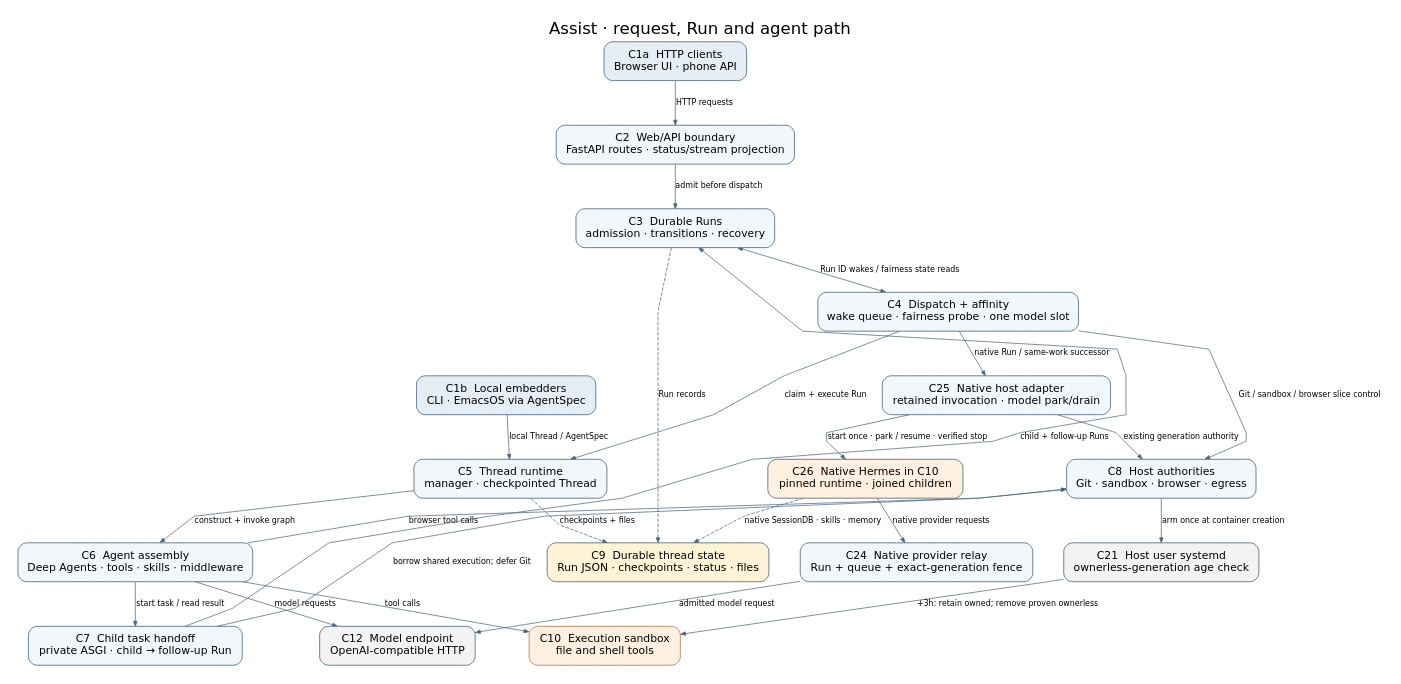
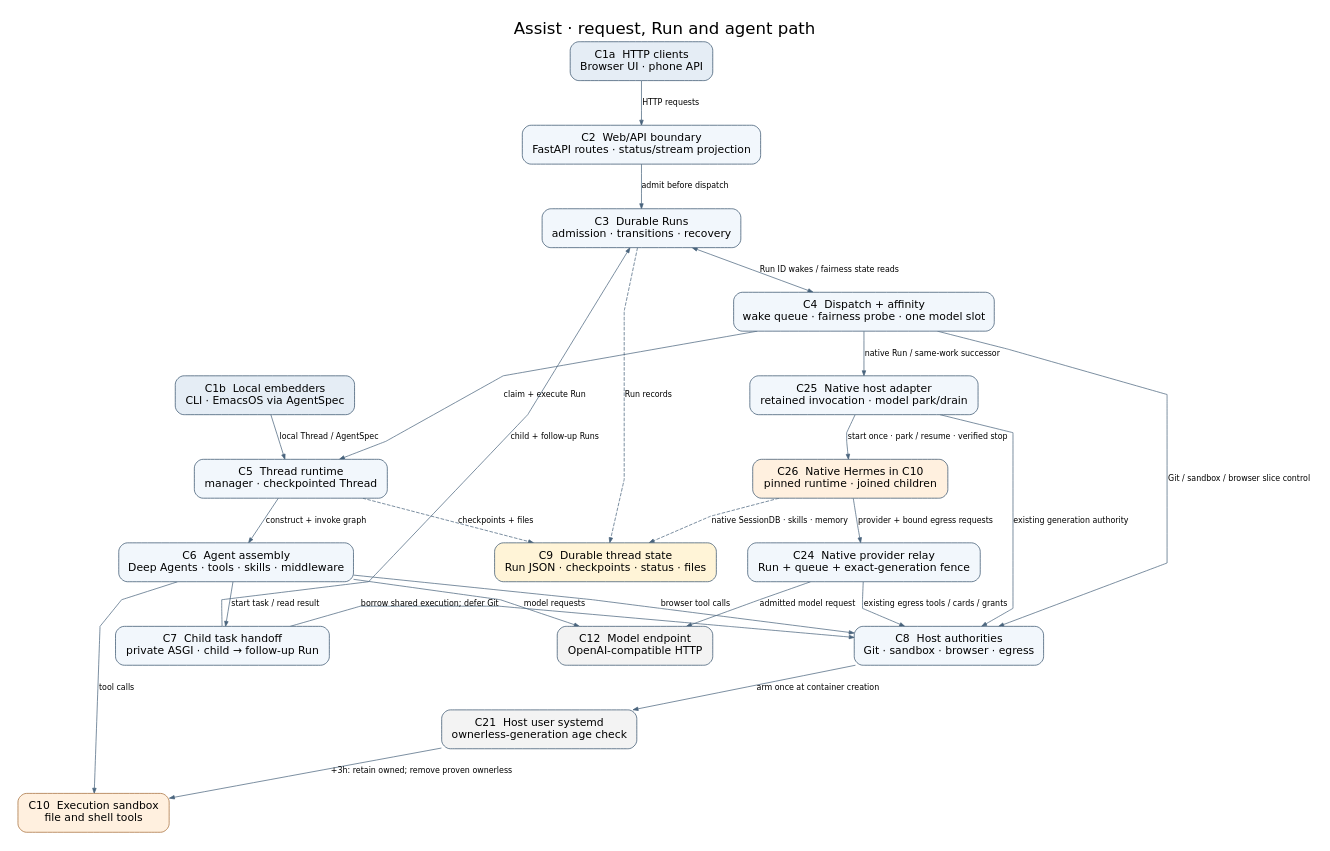
The diagram in docs/architecture.dot (pierrel/assist), drawn with Graphviz before and after one commit. The commit also changed 15 other files, not shown here.

Commit message:
Add native Hermes tools for existing egress approvals

```diff
--- a/docs/architecture.dot
+++ b/docs/architecture.dot
@@ -1,57 +1,58 @@
 digraph Assist {
   graph [label="Assist · request, Run and agent path", labelloc=t,
          fontname="DejaVu Sans", fontsize=23, bgcolor="white",
          rankdir=TB, pad=0.25, nodesep=0.6, ranksep=0.68,
          splines=polyline, outputorder=edgesfirst];
   node [shape=box, style="rounded,filled", color="#34506a",
         fillcolor="#f2f7fc", fontname="DejaVu Sans", fontsize=15,
         margin="0.19,0.14"];
   edge [fontname="DejaVu Sans", fontsize=11, color="#49647d",
         arrowsize=0.7];
 
   C1a [label="C1a  HTTP clients\nBrowser UI · phone API",
        fillcolor="#e5edf5"];
   C1b [label="C1b  Local embedders\nCLI · EmacsOS via AgentSpec",
        fillcolor="#e5edf5"];
   C2 [label="C2  Web/API boundary\nFastAPI routes · status/stream projection"];
   C3 [label="C3  Durable Runs\nadmission · transitions · recovery"];
   C4 [label="C4  Dispatch + affinity\nwake queue · fairness probe · one model slot"];
   C5 [label="C5  Thread runtime\nmanager · checkpointed Thread"];
   C6 [label="C6  Agent assembly\nDeep Agents · tools · skills · middleware"];
   C7 [label="C7  Child task handoff\nprivate ASGI · child → follow-up Run"];
   C8 [label="C8  Host authorities\nGit · sandbox · browser · egress"];
   C9 [label="C9  Durable thread state\nRun JSON · checkpoints · status · files",
       fillcolor="#fff4d7"];
   C10 [label="C10  Execution sandbox\nfile and shell tools", fillcolor="#fff0df",
        color="#a46b36"];
   C12 [label="C12  Model endpoint\nOpenAI-compatible HTTP",
        fillcolor="#f3f3f3"];
   C21 [label="C21  Host user systemd\nownerless-generation age check", fillcolor="#f3f3f3"];
   C25 [label="C25  Native host adapter\nretained invocation · model park/drain"];
   C24 [label="C24  Native provider relay\nRun + queue + exact-generation fence"];
   C26 [label="C26  Native Hermes in C10\npinned runtime · joined children", fillcolor="#fff0df"];
 
   C1a -> C2 [label="HTTP requests"];
   C2 -> C3 [label="admit before dispatch"];
   C3 -> C4 [label="Run ID wakes / fairness state reads", dir=both];
   C4 -> C5 [label="claim + execute Run"];
   C1b -> C5 [label="local Thread / AgentSpec"];
   C5 -> C6 [label="construct + invoke graph"];
   C6 -> C7 [label="start task / read result"];
   C7 -> C3 [label="child + follow-up Runs", constraint=false];
   C7 -> C8 [label="borrow shared execution; defer Git", constraint=false];
   C4 -> C8 [label="Git / sandbox / browser slice control"];
   C8 -> C21 [label="arm once at container creation"];
   C21 -> C10 [label="+3h: retain owned; remove proven ownerless"];
   C6 -> C8 [label="browser tool calls", constraint=false];
   C3 -> C9 [label="Run records", style=dashed];
   C5 -> C9 [label="checkpoints + files", style=dashed];
   C6 -> C10 [label="tool calls"];
   C6 -> C12 [label="model requests"];
   C4 -> C25 [label="native Run / same-work successor"];
   C25 -> C8 [label="existing generation authority"];
   C25 -> C26 [label="start once · park / resume · verified stop"];
-  C26 -> C24 [label="native provider requests"];
+  C26 -> C24 [label="provider + bound egress requests"];
+  C24 -> C8 [label="existing egress tools / cards / grants"];
   C24 -> C12 [label="admitted model request"];
   C26 -> C9 [label="native SessionDB · skills · memory", style=dashed];
 }
```
